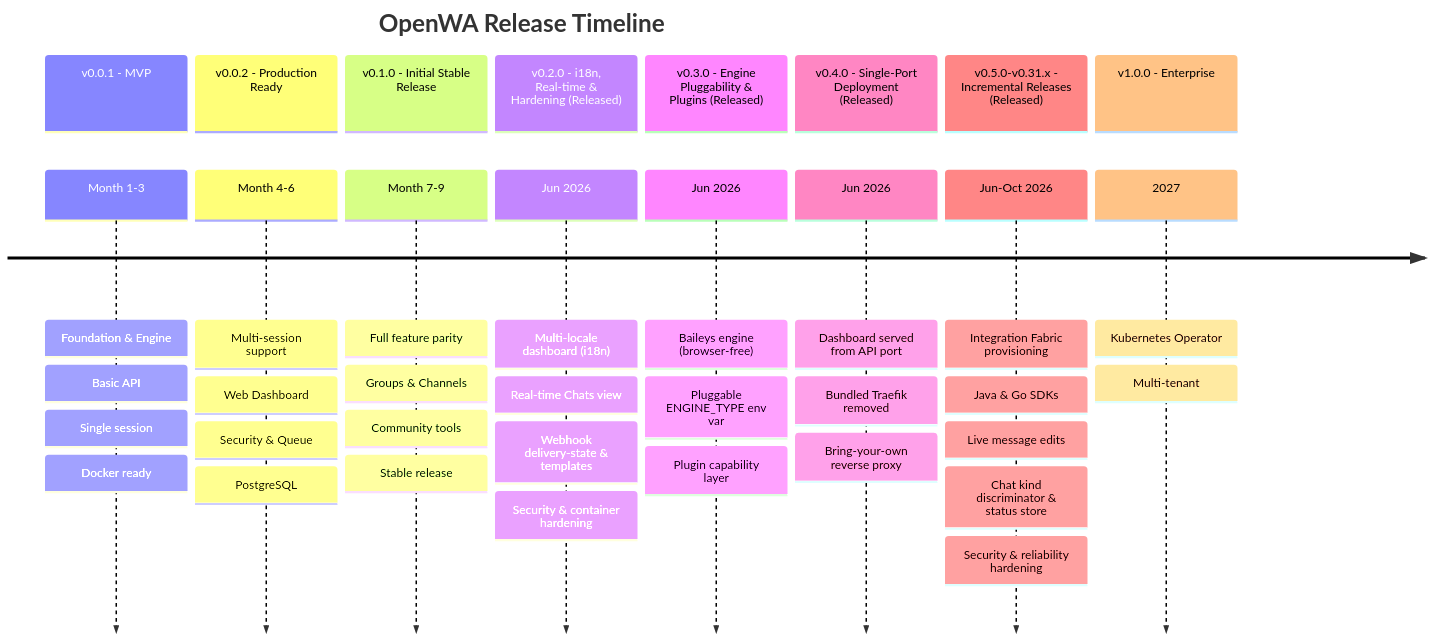
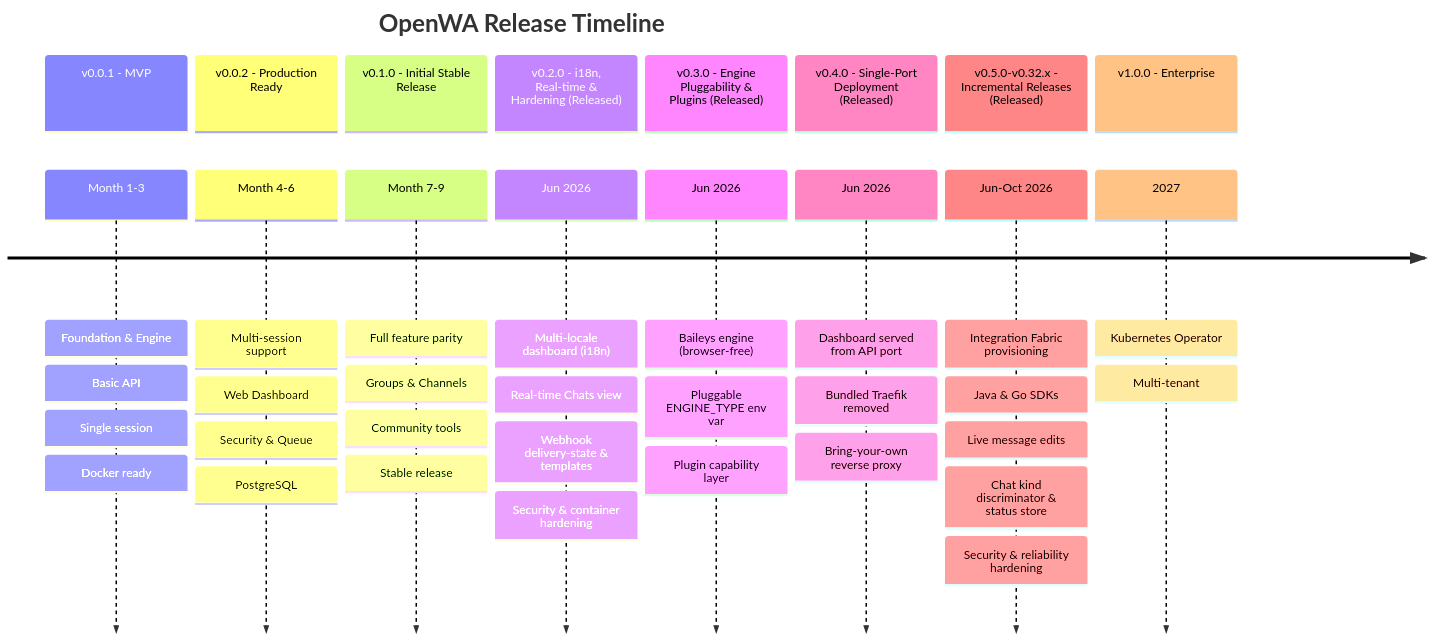
The first of 7 diagrams in portals/crm/open-wa-server/docs/15-project-roadmap.md (suryansh-business-work/duncit-all), drawn with Mermaid before and after one commit. The commit also changed other lines of this file and 560 other files, not shown here.

````diff
--- a/portals/crm/open-wa-server/docs/15-project-roadmap.md
+++ b/portals/crm/open-wa-server/docs/15-project-roadmap.md
@@ -5,49 +5,49 @@
 ```mermaid
 timeline
     title OpenWA Release Timeline
 
     section v0.0.1 - MVP
         Month 1-3 : Foundation & Engine
                   : Basic API
                   : Single session
                   : Docker ready
 
     section v0.0.2 - Production Ready
         Month 4-6 : Multi-session support
                   : Web Dashboard
                   : Security & Queue
                   : PostgreSQL
 
     section v0.1.0 - Initial Stable Release
         Month 7-9 : Full feature parity
                   : Groups & Channels
                   : Community tools
                   : Stable release
 
     section v0.2.0 - i18n, Real-time & Hardening (Released)
         Jun 2026 : Multi-locale dashboard (i18n)
                  : Real-time Chats view
                  : Webhook delivery-state & templates
                  : Security & container hardening
 
     section v0.3.0 - Engine Pluggability & Plugins (Released)
         Jun 2026 : Baileys engine (browser-free)
                  : Pluggable ENGINE_TYPE env var
                  : Plugin capability layer
 
     section v0.4.0 - Single-Port Deployment (Released)
         Jun 2026 : Dashboard served from API port
                  : Bundled Traefik removed
                  : Bring-your-own reverse proxy
 
-    section v0.5.0-v0.31.x - Incremental Releases (Released)
+    section v0.5.0-v0.32.x - Incremental Releases (Released)
         Jun-Oct 2026 : Integration Fabric provisioning
                      : Java & Go SDKs
                      : Live message edits
                      : Chat kind discriminator & status store
                      : Security & reliability hardening
 
     section v1.0.0 - Enterprise
         2027 : Kubernetes Operator
              : Multi-tenant
 ```
````
